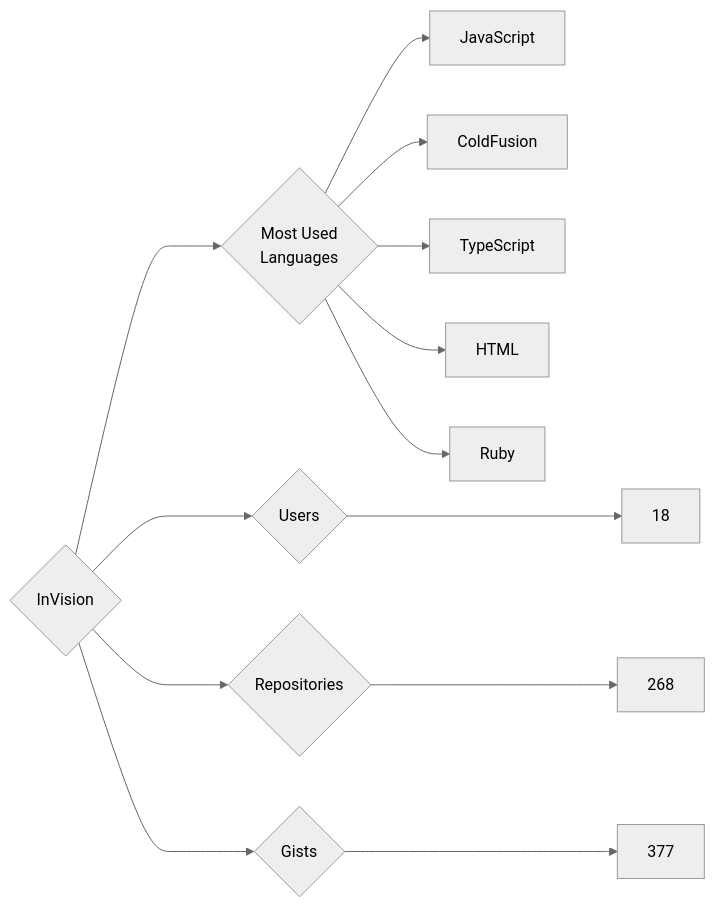
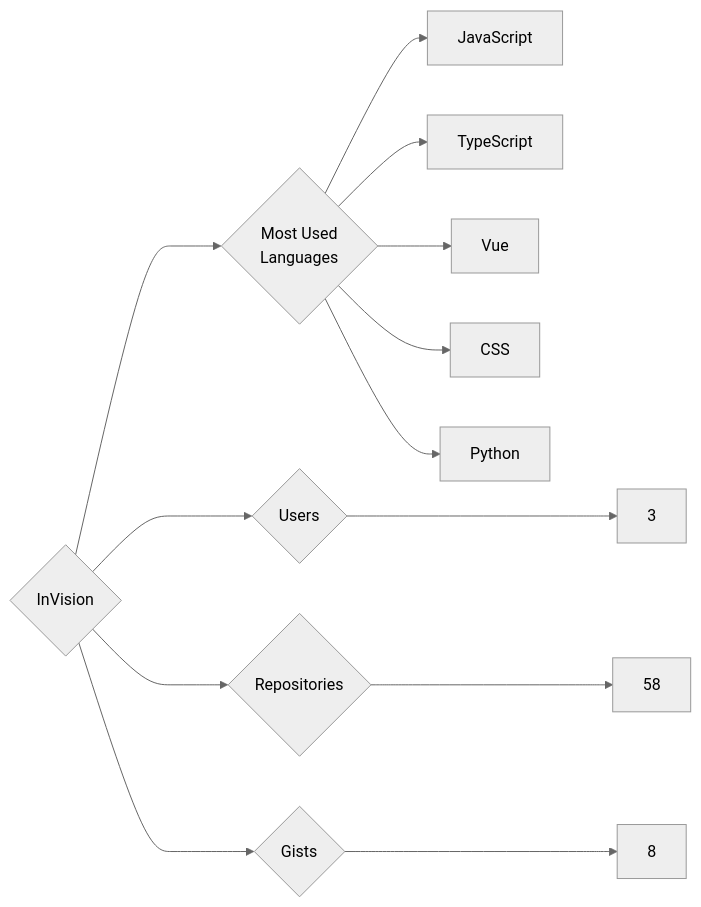
Before and after one commit to trickest/insiders: the diagram in targets/InVision/README.md, drawn with Mermaid (neutral theme). The commit also changed 861 other files, not shown here.

````diff
--- a/targets/InVision/README.md
+++ b/targets/InVision/README.md
@@ -3,13 +3,13 @@
 ```mermaid
 graph LR
 COMPANY_NAME{InVision}
-COMPANY_NAME ---> U{Users} ---> UN[18]
-COMPANY_NAME ---> R{Repositories} ---> RN[268]
-COMPANY_NAME ---> G{Gists} ---> GN[377]
+COMPANY_NAME ---> U{Users} ---> UN[3]
+COMPANY_NAME ---> R{Repositories} ---> RN[58]
+COMPANY_NAME ---> G{Gists} ---> GN[8]
 COMPANY_NAME ---> ML{Most Used<br>Languages}
 ML --> JavaScript[JavaScript]
-ML --> ColdFusion[ColdFusion]
 ML --> TypeScript[TypeScript]
-ML --> HTML[HTML]
-ML --> Ruby[Ruby]
+ML --> Vue[Vue]
+ML --> CSS[CSS]
+ML --> Python[Python]
 ```
````
